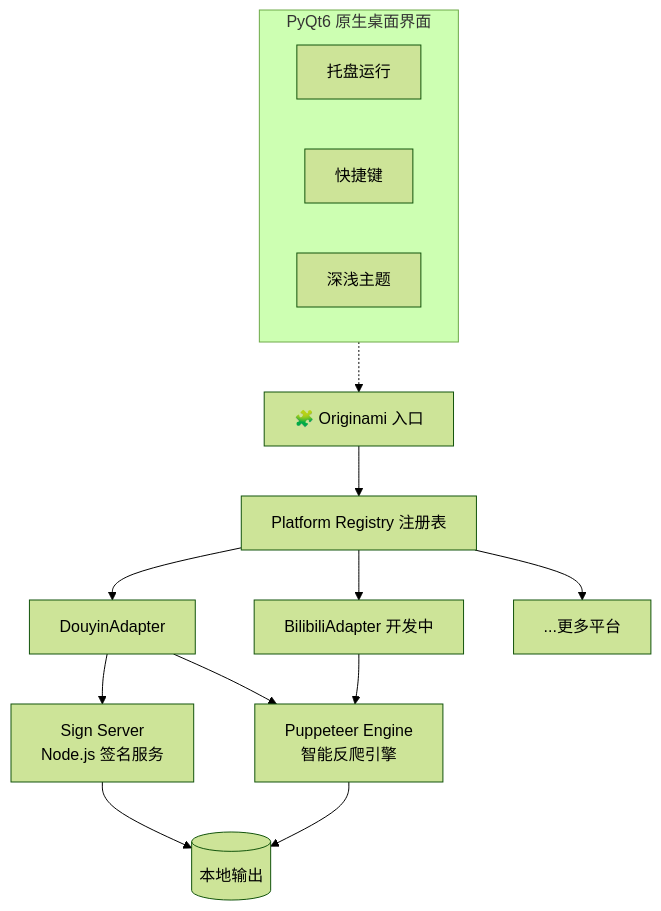
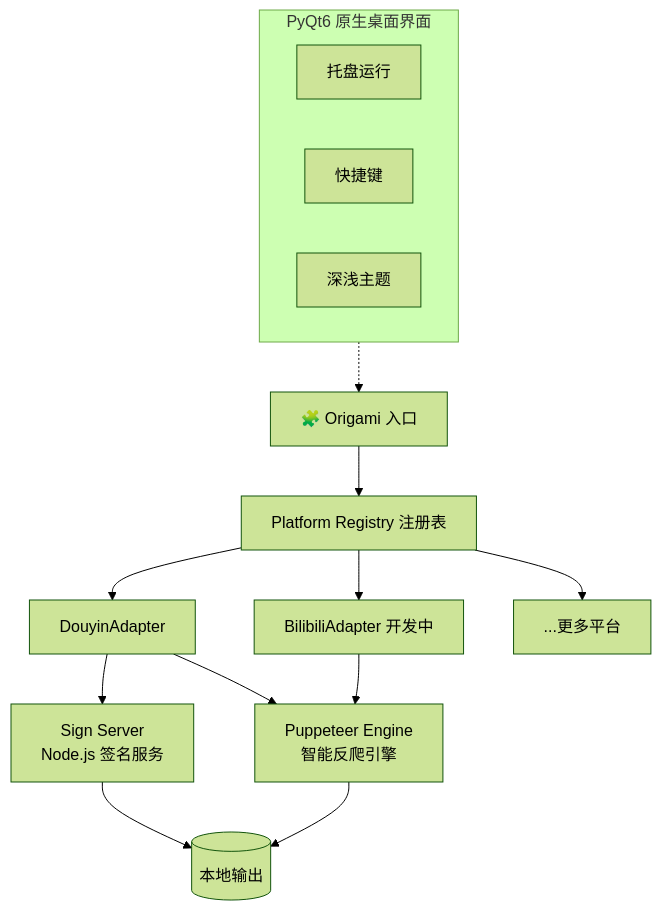
The diagram in README.md (Renxint/origami), drawn with Mermaid (forest theme) before and after one commit. The commit also changed other lines of this file, not shown here.

````diff
--- a/README.md
+++ b/README.md
@@ -69,23 +69,23 @@
 ```mermaid
 graph TB
-    A[🧩 Originami 入口] --> B[Platform Registry 注册表]
+    A[🧩 Origami 入口] --> B[Platform Registry 注册表]
     B --> C[DouyinAdapter]
     B --> D[BilibiliAdapter 开发中]
     B --> E[...更多平台]
 
     C --> F[Sign Server<br/>Node.js 签名服务]
     C --> G[Puppeteer Engine<br/>智能反爬引擎]
 
     D --> G
 
     F --> H[(本地输出)]
     G --> H
 
     subgraph GUI [PyQt6 原生桌面界面]
         I[托盘运行]
         J[快捷键]
         K[深浅主题]
     end
 
     GUI -.-> A
 ```
````
